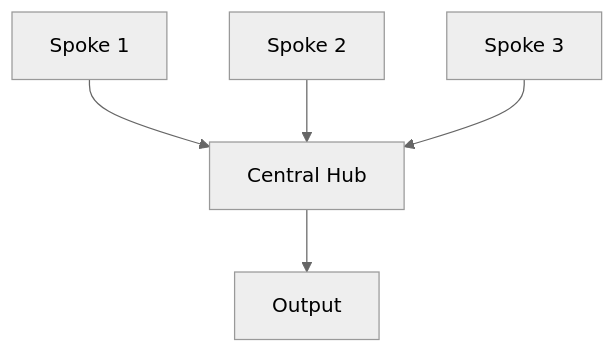
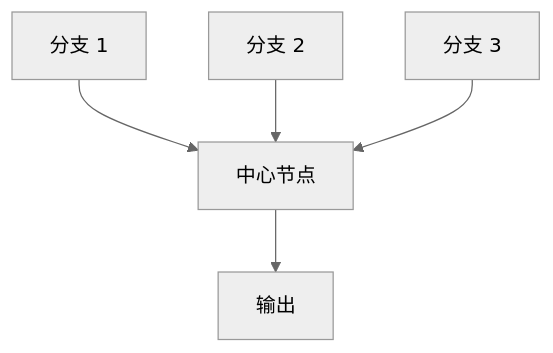
One commit to liu-qingyuan/skills-sync-lqy changed diagram 11 of 13 in skills/lqy-curated/mermaid-visualizer/references/syntax-rules.md. Above: the diagram before and after it, drawn with Mermaid (neutral theme). The commit also changed other lines of this file and 1 other file, not shown here.

Commit message:
feat(mermaid-visualizer): localize skill to Chinese

````diff
--- a/skills/lqy-curated/mermaid-visualizer/references/syntax-rules.md
+++ b/skills/lqy-curated/mermaid-visualizer/references/syntax-rules.md
@@ -339,9 +351,9 @@
 ```mermaid
 graph TB
-    Hub[Central Hub]
-    
-    A[Spoke 1] --> Hub
-    B[Spoke 2] --> Hub
-    C[Spoke 3] --> Hub
-    Hub --> D[Output]
+    Hub[中心节点]
+
+    A[分支 1] --> Hub
+    B[分支 2] --> Hub
+    C[分支 3] --> Hub
+    Hub --> D[输出]
 ```
````
